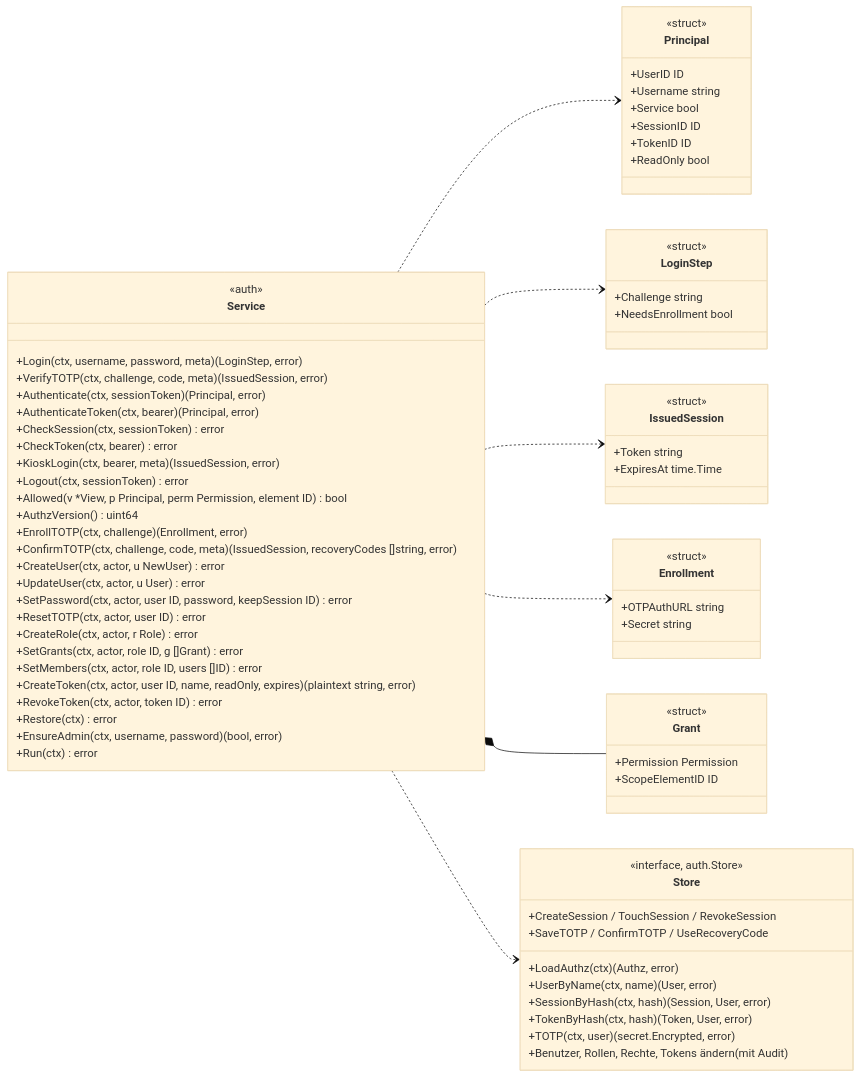
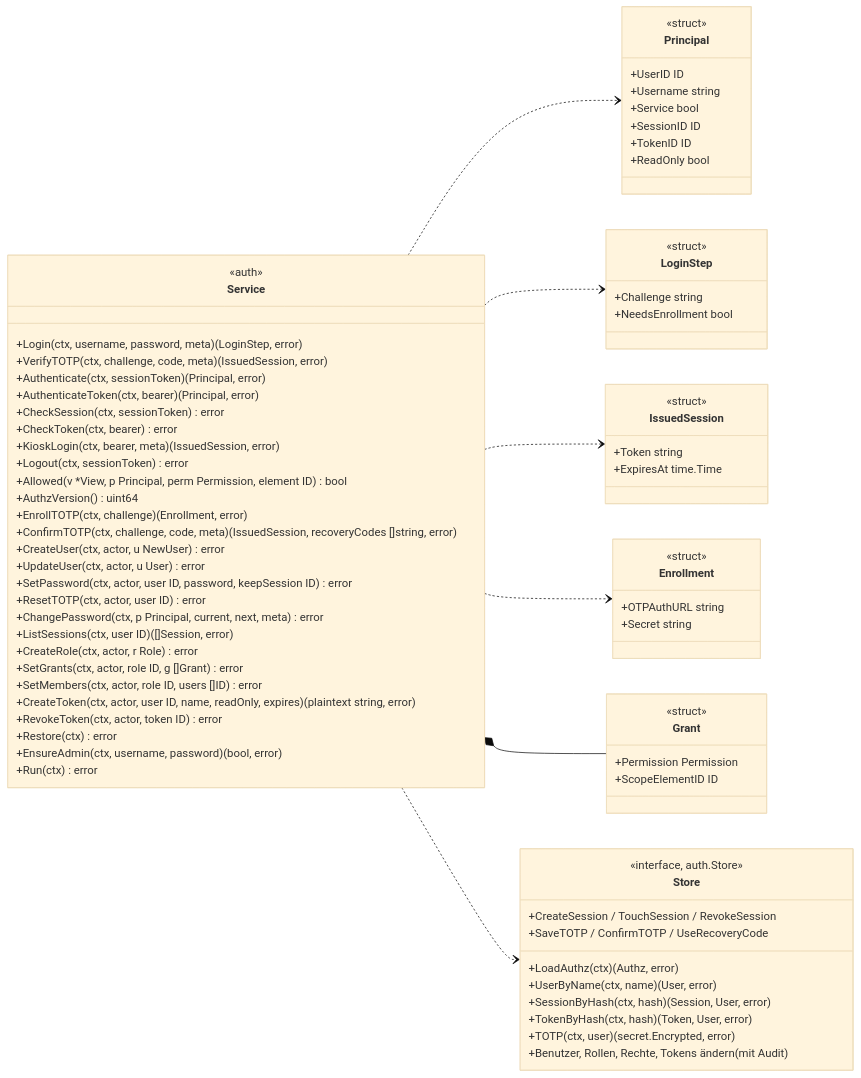
Before and after one commit to lukirs95/monika: the first of 5 diagrams in docs/contracts/auth.md, drawn with Mermaid (base theme). The commit also changed other lines of this file and 15 other files, not shown here.

````diff
--- a/docs/contracts/auth.md
+++ b/docs/contracts/auth.md
@@ -18,79 +18,81 @@
 ```mermaid
 classDiagram
     direction LR
 
     class Service {
         <<auth>>
         +Login(ctx, username, password, meta) (LoginStep, error)
         +VerifyTOTP(ctx, challenge, code, meta) (IssuedSession, error)
         +Authenticate(ctx, sessionToken) (Principal, error)
         +AuthenticateToken(ctx, bearer) (Principal, error)
         +CheckSession(ctx, sessionToken) error
         +CheckToken(ctx, bearer) error
         +KioskLogin(ctx, bearer, meta) (IssuedSession, error)
         +Logout(ctx, sessionToken) error
         +Allowed(v *View, p Principal, perm Permission, element ID) bool
         +AuthzVersion() uint64
         +EnrollTOTP(ctx, challenge) (Enrollment, error)
         +ConfirmTOTP(ctx, challenge, code, meta) (IssuedSession, recoveryCodes []string, error)
         +CreateUser(ctx, actor, u NewUser) error
         +UpdateUser(ctx, actor, u User) error
         +SetPassword(ctx, actor, user ID, password, keepSession ID) error
         +ResetTOTP(ctx, actor, user ID) error
+        +ChangePassword(ctx, p Principal, current, next, meta) error
+        +ListSessions(ctx, user ID) ([]Session, error)
         +CreateRole(ctx, actor, r Role) error
         +SetGrants(ctx, actor, role ID, g []Grant) error
         +SetMembers(ctx, actor, role ID, users []ID) error
         +CreateToken(ctx, actor, user ID, name, readOnly, expires) (plaintext string, error)
         +RevokeToken(ctx, actor, token ID) error
         +Restore(ctx) error
         +EnsureAdmin(ctx, username, password) (bool, error)
         +Run(ctx) error
     }
     class Principal {
         <<struct>>
         +UserID ID
         +Username string
         +Service bool
         +SessionID ID
         +TokenID ID
         +ReadOnly bool
     }
     class LoginStep {
         <<struct>>
         +Challenge string
         +NeedsEnrollment bool
     }
     class IssuedSession {
         <<struct>>
         +Token string
         +ExpiresAt time.Time
     }
     class Enrollment {
         <<struct>>
         +OTPAuthURL string
         +Secret string
     }
     class Grant {
         <<struct>>
         +Permission Permission
         +ScopeElementID ID
     }
     class Store {
         <<interface, auth.Store>>
         +LoadAuthz(ctx) (Authz, error)
         +UserByName(ctx, name) (User, error)
         +CreateSession / TouchSession / RevokeSession
         +SessionByHash(ctx, hash) (Session, User, error)
         +TokenByHash(ctx, hash) (Token, User, error)
         +TOTP(ctx, user) (secret.Encrypted, error)
         +SaveTOTP / ConfirmTOTP / UseRecoveryCode
         +Benutzer, Rollen, Rechte, Tokens ändern (mit Audit)
     }
 
     Service ..> Principal
     Service ..> LoginStep
     Service ..> IssuedSession
     Service ..> Enrollment
     Service *-- Grant
     Service ..> Store
 ```
````
